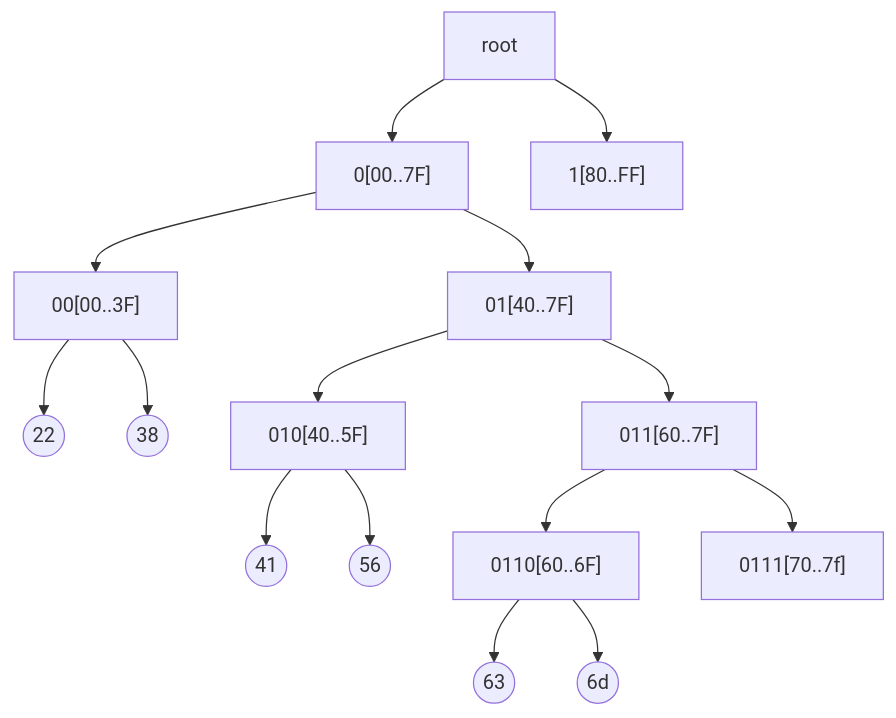
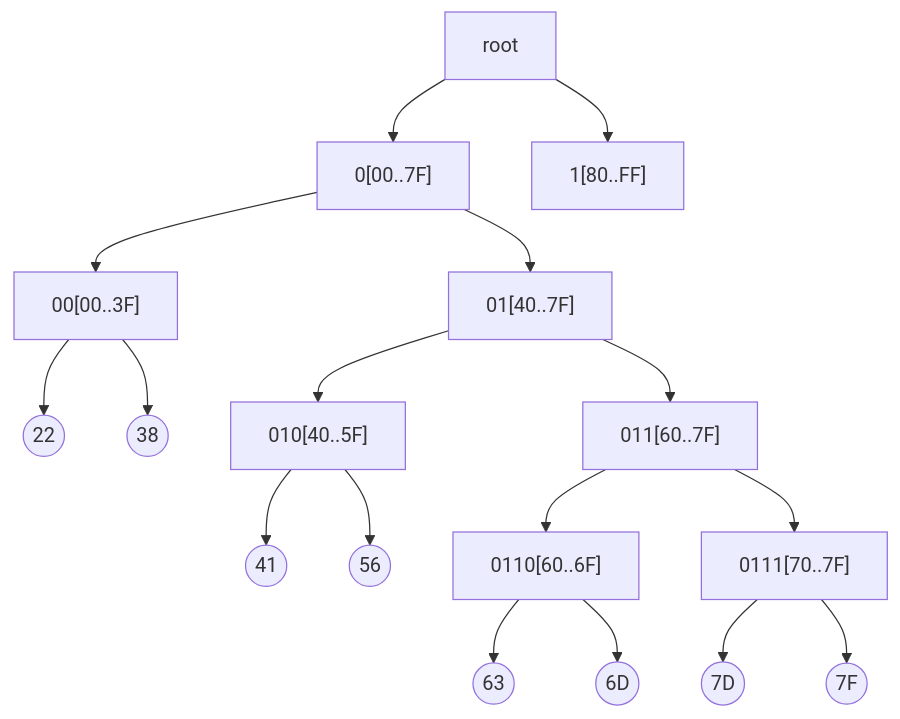
Before and after one commit to sergey-shandar/public: the third of 3 diagrams in notes/set-diff.md, drawn with Mermaid. The commit also changed other lines of this file, not shown here.

````diff
--- a/notes/set-diff.md
+++ b/notes/set-diff.md
@@ -53,11 +53,12 @@
 ```mermaid
 flowchart TD
   root --> 0["0[00..7F]"] --> 00["00[00..3F]"] --> 22((22))
   root --> 1["1[80..FF]"]
   0 --> 01["01[40..7F]"] --> 010["010[40..5F]"] --> 41((41))
   00 --> 38((38))
   01 --> 011["011[60..7F]"] --> 0110["0110[60..6F]"] --> 63((63))
   010 --> 56((56))
-  011 --> 0111["0111[70..7f]"]
-  0110 --> 6d((6d))
+  011 --> 0111["0111[70..7F]"] --> 7D((7D))
+  0110 --> 6D((6D))
+  0111 --> 7F((7F))
 ```
````
